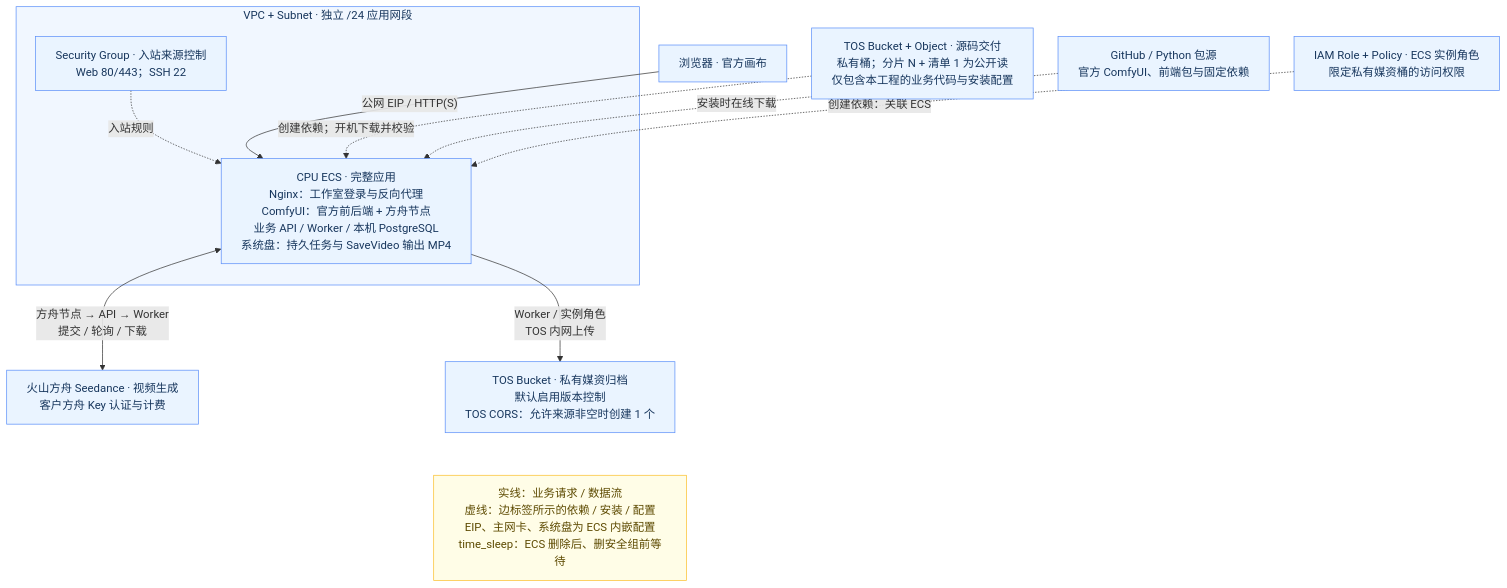
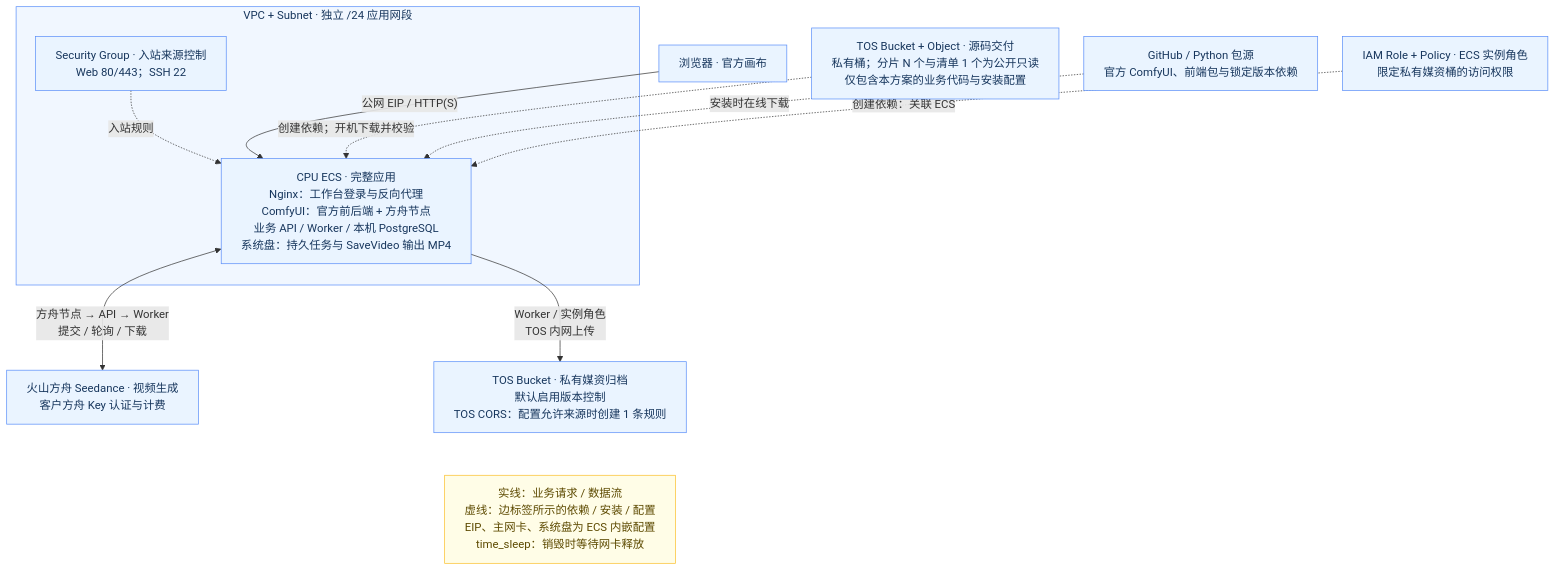
The diagram in README.zh-CN.md (terraform-volcenginecc-modules/terraform-volcenginecc-ai-script-video-agent), drawn with Mermaid before and after one commit. The commit also changed other lines of this file and 1 other file, not shown here.

````diff
--- a/README.zh-CN.md
+++ b/README.zh-CN.md
@@ -19,33 +19,33 @@
 ```mermaid
 %%{init: {"flowchart": {"wrappingWidth": 300, "nodeSpacing": 35, "rankSpacing": 60, "padding": 14}}}%%
 flowchart TB
   Browser["浏览器 · 官方画布"]
-  Source["TOS Bucket + Object · 源码交付<br/>私有桶；分片 N + 清单 1 为公开读<br/>仅包含本工程的业务代码与安装配置"]
-  Upstream["GitHub / Python 包源<br/>官方 ComfyUI、前端包与固定依赖"]
+  Source["TOS Bucket + Object · 源码交付<br/>私有桶；分片 N 个与清单 1 个为公开只读<br/>仅包含本方案的业务代码与安装配置"]
+  Upstream["GitHub / Python 包源<br/>官方 ComfyUI、前端包与锁定版本依赖"]
   IAM["IAM Role + Policy · ECS 实例角色<br/>限定私有媒资桶的访问权限"]
 
   subgraph Network["VPC + Subnet · 独立 /24 应用网段"]
     SG["Security Group · 入站来源控制<br/>Web 80/443；SSH 22"]
-    ECS["CPU ECS · 完整应用<br/>Nginx：工作室登录与反向代理<br/>ComfyUI：官方前后端 + 方舟节点<br/>业务 API / Worker / 本机 PostgreSQL<br/>系统盘：持久任务与 SaveVideo 输出 MP4"]
+    ECS["CPU ECS · 完整应用<br/>Nginx：工作台登录与反向代理<br/>ComfyUI：官方前后端 + 方舟节点<br/>业务 API / Worker / 本机 PostgreSQL<br/>系统盘：持久任务与 SaveVideo 输出 MP4"]
   end
 
   Ark["火山方舟 Seedance · 视频生成<br/>客户方舟 Key 认证与计费"]
-  Assets["TOS Bucket · 私有媒资归档<br/>默认启用版本控制<br/>TOS CORS：允许来源非空时创建 1 个"]
-  Note["实线：业务请求 / 数据流<br/>虚线：边标签所示的依赖 / 安装 / 配置<br/>EIP、主网卡、系统盘为 ECS 内嵌配置<br/>time_sleep：ECS 删除后、删安全组前等待"]
+  Assets["TOS Bucket · 私有媒资归档<br/>默认启用版本控制<br/>TOS CORS：配置允许来源时创建 1 条规则"]
+  Note["实线：业务请求 / 数据流<br/>虚线：边标签所示的依赖 / 安装 / 配置<br/>EIP、主网卡、系统盘为 ECS 内嵌配置<br/>time_sleep：销毁时等待网卡释放"]
 
   Browser -->|"公网 EIP / HTTP(S)"| ECS
   Source -.->|"创建依赖；开机下载并校验"| ECS
   Upstream -.->|"安装时在线下载"| ECS
   IAM -.->|"创建依赖：关联 ECS"| ECS
   SG -.->|"入站规则"| ECS
   ECS <-->|"方舟节点 → API → Worker<br/>提交 / 轮询 / 下载"| Ark
   ECS -->|"Worker / 实例角色<br/>TOS 内网上传"| Assets
 
   Assets ~~~ Note
 
   classDef main fill:#EAF4FF,stroke:#5B8FF9,color:#17365D;
   classDef note fill:#FFFDE7,stroke:#FBC02D,color:#5D4A00;
   class Browser,Source,Upstream,IAM,SG,ECS,Ark,Assets main;
   class Note note;
   style Network fill:#F1F7FF,stroke:#5B8FF9,color:#17365D
 ```
````
